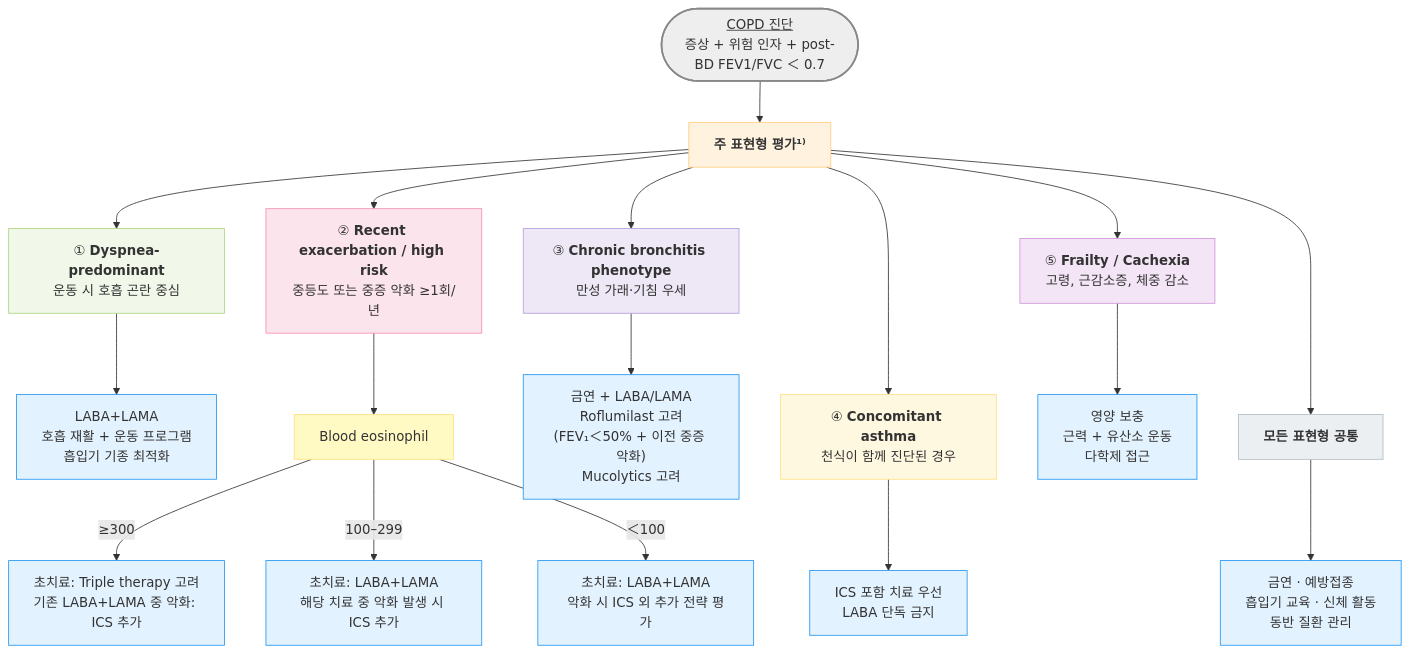
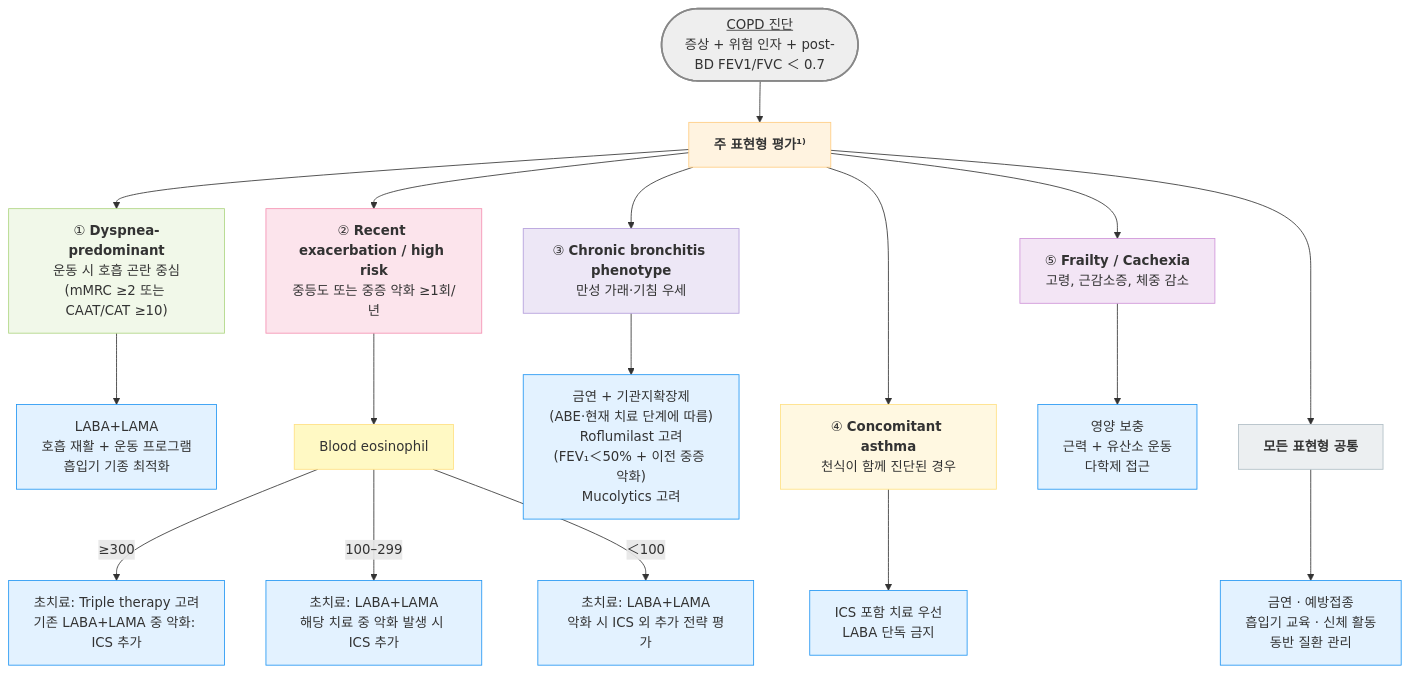
The second of 3 diagrams in 223_/072_-copd.md (familyoh77/familyoh77), drawn with Mermaid before and after one commit. The commit also changed other lines of this file, not shown here.

````diff
--- a/223_/072_-copd.md
+++ b/223_/072_-copd.md
@@ -469,39 +486,39 @@
 ```mermaid
 flowchart TD
     A(["<u>COPD 진단</u><br/>증상 + 위험 인자 + post-BD FEV1/FVC ＜ 0.7"])
 
     A --> B["<b>주 표현형 평가¹⁾</b>"]
 
-    B --> C1["① <b>Dyspnea-predominant</b><br/>운동 시 호흡 곤란 중심"]
+    B --> C1["① <b>Dyspnea-predominant</b><br/>운동 시 호흡 곤란 중심<br/>(mMRC ≥2 또는 CAAT/CAT ≥10)"]
     C1 --> D1["LABA+LAMA<br/>호흡 재활 + 운동 프로그램<br/>흡입기 기종 최적화"]
 
     B --> C2["② <b>Recent exacerbation / high risk</b><br/>중등도 또는 중증 악화 ≥1회/년"]
     C2 --> E2["Blood eosinophil"]
     E2 -->|"≥300"| F2["초치료: Triple therapy 고려<br/>기존 LABA+LAMA 중 악화: ICS 추가"]
     E2 -->|"100–299"| G2["초치료: LABA+LAMA<br/>해당 치료 중 악화 발생 시 ICS 추가"]
     E2 -->|"＜100"| H2["초치료: LABA+LAMA<br/>악화 시 ICS 외 추가 전략 평가"]
 
     B --> C3["③ <b>Chronic bronchitis phenotype</b><br/>만성 가래·기침 우세"]
-    C3 --> D3["금연 + LABA/LAMA<br/>Roflumilast 고려<br/>(FEV₁＜50% + 이전 중증 악화)<br/>Mucolytics 고려"]
+    C3 --> D3["금연 + 기관지확장제<br/>(ABE·현재 치료 단계에 따름)<br/>Roflumilast 고려<br/>(FEV₁＜50% + 이전 중증 악화)<br/>Mucolytics 고려"]
 
     B ---> C4["④ <b>Concomitant asthma</b><br/>천식이 함께 진단된 경우"]
     C4 --> D4["ICS 포함 치료 우선<br/>LABA 단독 금지"]
 
     B --> C5["⑤ <b>Frailty / Cachexia</b><br/>고령, 근감소증, 체중 감소"]
     C5 --> D5["영양 보충<br/>근력 + 유산소 운동<br/>다학제 접근"]
 
     B ---> Z["<b>모든 표현형 공통</b>"]
     Z --> Z1["금연 · 예방접종<br/>흡입기 교육 · 신체 활동<br/>동반 질환 관리"]
 
    classDef sky fill:#e3f2ff,stroke:#2196f3
    class D1,F2,D3,D4,D5,G2,H2,Z1 sky
 style A fill:#eeeeee,stroke:#888888,stroke-width:2px
     style B fill:#fff3e0,stroke:#ffcc80
     style C1 fill:#f1f8e9,stroke:#aed581
     style C2 fill:#fce4ec,stroke:#f48fb1
     style C3 fill:#ede7f6,stroke:#b39ddb
     style C4 fill:#fff8e1,stroke:#ffe082
     style C5 fill:#f3e5f5,stroke:#ce93d8
     style E2 fill:#fff9c4,stroke:#ffe082
     style Z fill:#eceff1,stroke:#b0bec5
 ```
````
